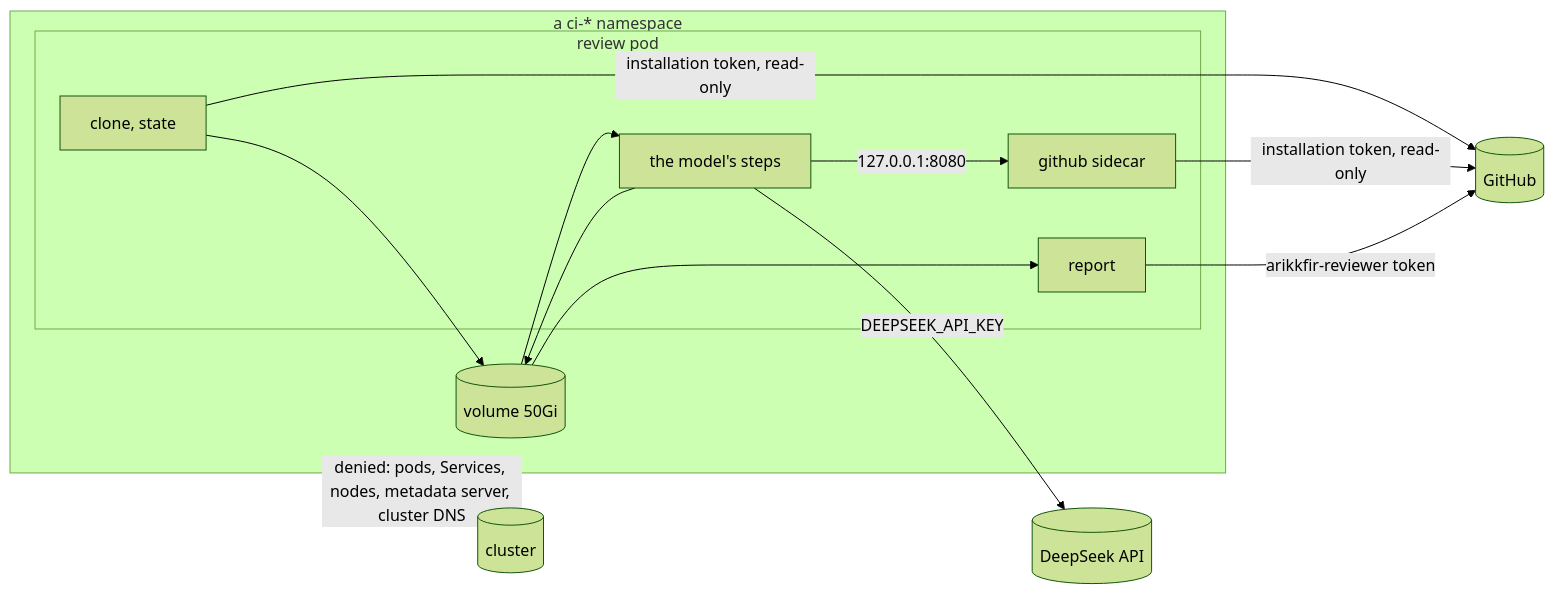
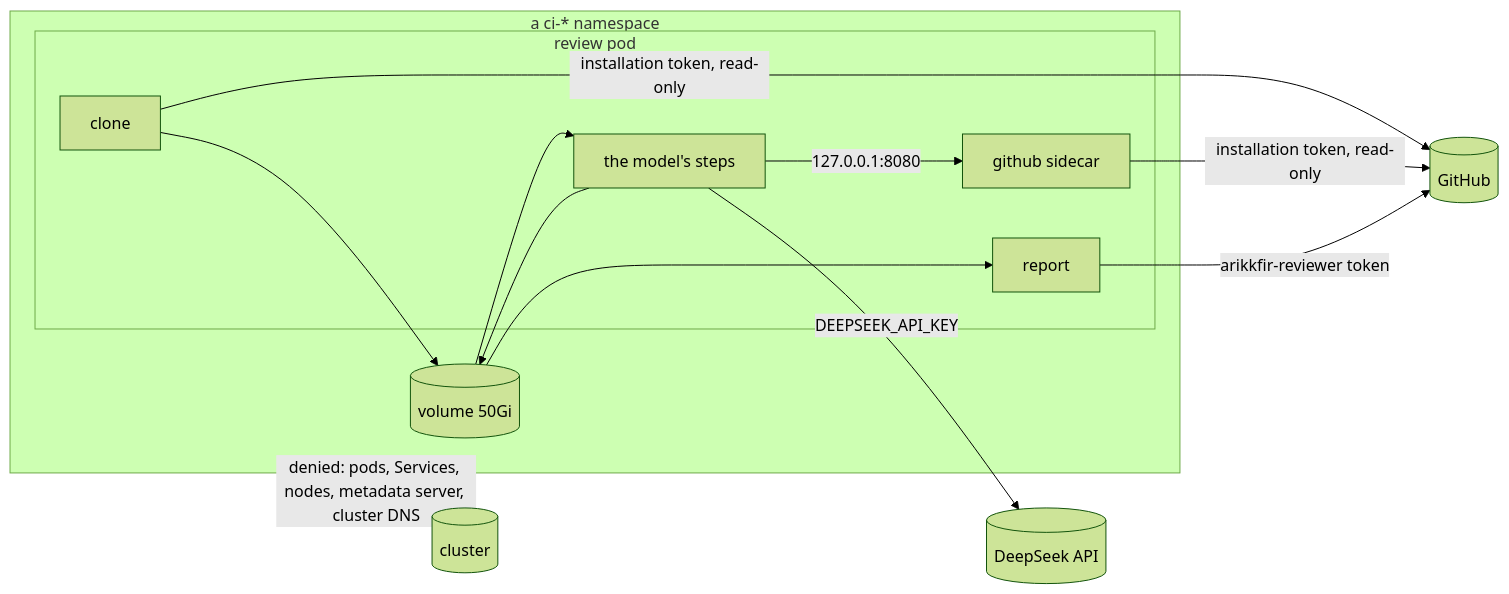
One commit to arikkfir-org/docs changed the second of 3 diagrams in hub/designs/pr-reviewer.md. Above: the diagram before and after it, drawn with Mermaid (forest theme). The commit also changed other lines of this file and 1 other file, not shown here.

First line of the commit message:
docs(reviewer): a brief, incremental rounds, pr.json beside the clone

````diff
--- a/hub/designs/pr-reviewer.md
+++ b/hub/designs/pr-reviewer.md
@@ -91,22 +92,22 @@
 ```mermaid
 flowchart LR
   subgraph NS["a ci-* namespace"]
     subgraph RP["review pod"]
-      S[clone, state]
+      S[clone]
       R[the model's steps]
       G[github sidecar]
       P[report]
     end
     V[(volume 50Gi)]
     S --> V
     V --> R
     R --> V
     V --> P
     R -- 127.0.0.1:8080 --> G
   end
   S -- installation token, read-only --> GH[(GitHub)]
   G -- installation token, read-only --> GH
   R -- DEEPSEEK_API_KEY --> DS[(DeepSeek API)]
   P -- arikkfir-reviewer token --> GH
   NS -. denied: pods, Services, nodes, metadata server, cluster DNS .-> K[(cluster)]
 ```
````
